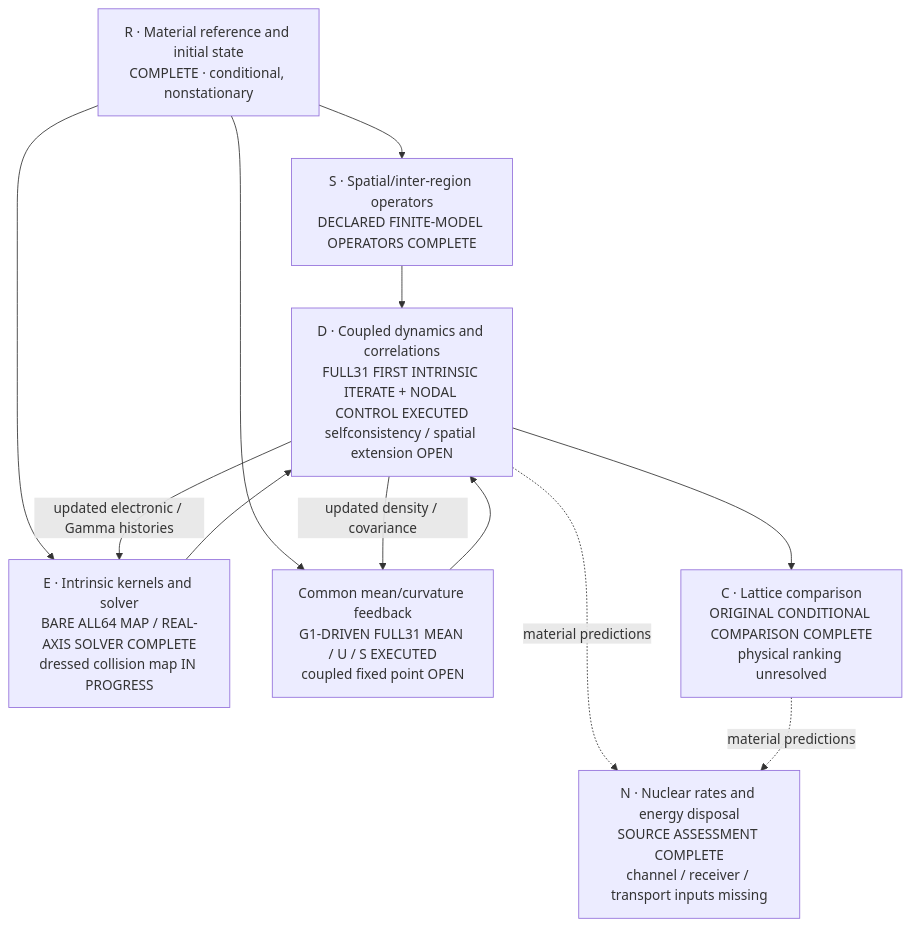
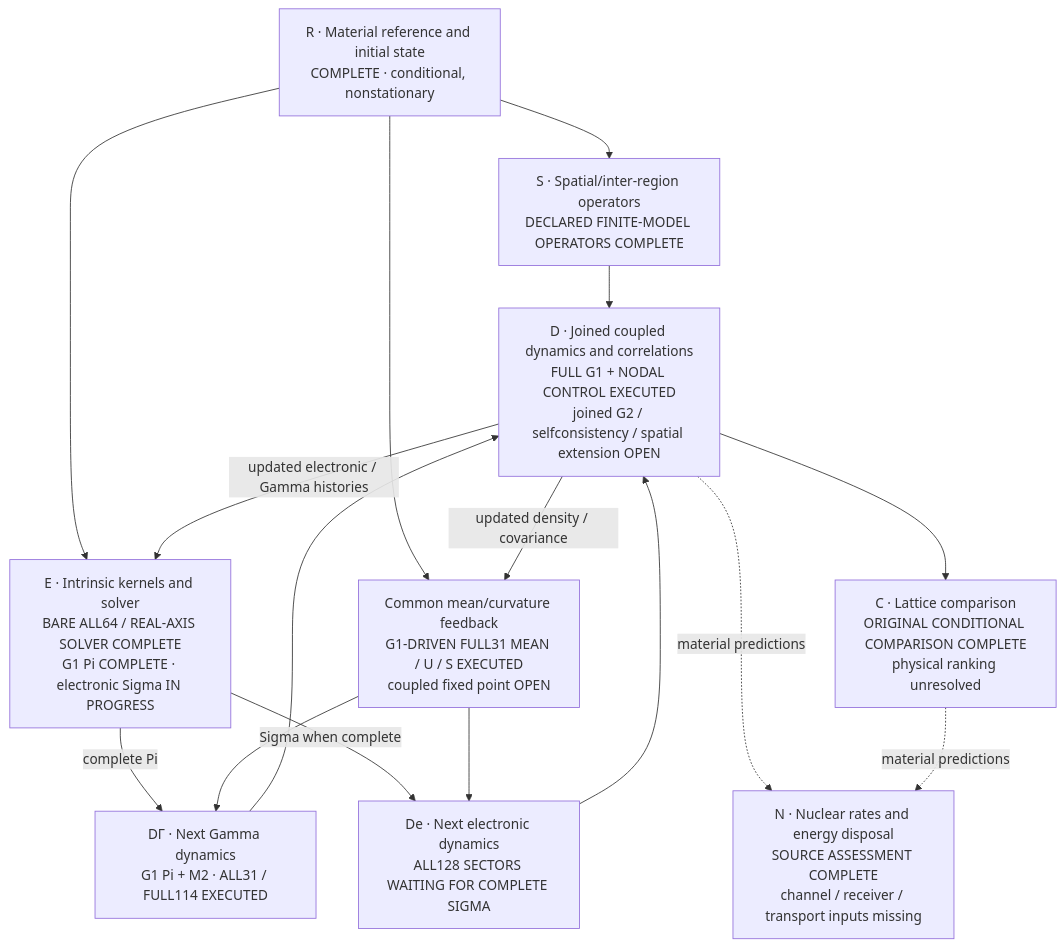
Before and after one commit to vantasnerdan/substrate-framework: the diagram in proposals/P254-ni-collective-response/SOLUTION.md, drawn with Mermaid. The commit also changed other lines of this file and 60 other files, not shown here.

Commit message:
P254: execute dressed Pi and independent Gamma block

````diff
--- a/proposals/P254-ni-collective-response/SOLUTION.md
+++ b/proposals/P254-ni-collective-response/SOLUTION.md
@@ -16,21 +16,27 @@
 ```mermaid
 flowchart TD
     R["R · Material reference and initial state<br/>COMPLETE · conditional, nonstationary"]
     S["S · Spatial/inter-region operators<br/>DECLARED FINITE-MODEL OPERATORS COMPLETE"]
-    E["E · Intrinsic kernels and solver<br/>BARE ALL64 MAP / REAL-AXIS SOLVER COMPLETE<br/>dressed collision map IN PROGRESS"]
+    E["E · Intrinsic kernels and solver<br/>BARE ALL64 / REAL-AXIS SOLVER COMPLETE<br/>G1 Pi COMPLETE · electronic Sigma IN PROGRESS"]
     M["Common mean/curvature feedback<br/>G1-DRIVEN FULL31 MEAN / U / S EXECUTED<br/>coupled fixed point OPEN"]
-    D["D · Coupled dynamics and correlations<br/>FULL31 FIRST INTRINSIC ITERATE + NODAL CONTROL EXECUTED<br/>selfconsistency / spatial extension OPEN"]
+    DG["DΓ · Next Gamma dynamics<br/>G1 Pi + M2 · ALL31 / FULL114 EXECUTED"]
+    DE["De · Next electronic dynamics<br/>ALL128 SECTORS WAITING FOR COMPLETE SIGMA"]
+    D["D · Joined coupled dynamics and correlations<br/>FULL G1 + NODAL CONTROL EXECUTED<br/>joined G2 / selfconsistency / spatial extension OPEN"]
     C["C · Lattice comparison<br/>ORIGINAL CONDITIONAL COMPARISON COMPLETE<br/>physical ranking unresolved"]
     N["N · Nuclear rates and energy disposal<br/>SOURCE ASSESSMENT COMPLETE<br/>channel / receiver / transport inputs missing"]
     R --> S
     R --> E
     R --> M
-    E --> D
-    M --> D
+    E -- "complete Pi" --> DG
+    E -- "Sigma when complete" --> DE
+    M --> DG
+    M --> DE
+    DG --> D
+    DE --> D
     S --> D
     D -- "updated electronic / Gamma histories" --> E
     D -- "updated density / covariance" --> M
     D --> C
     D -. "material predictions" .-> N
     C -. "material predictions" .-> N
 ```
````
